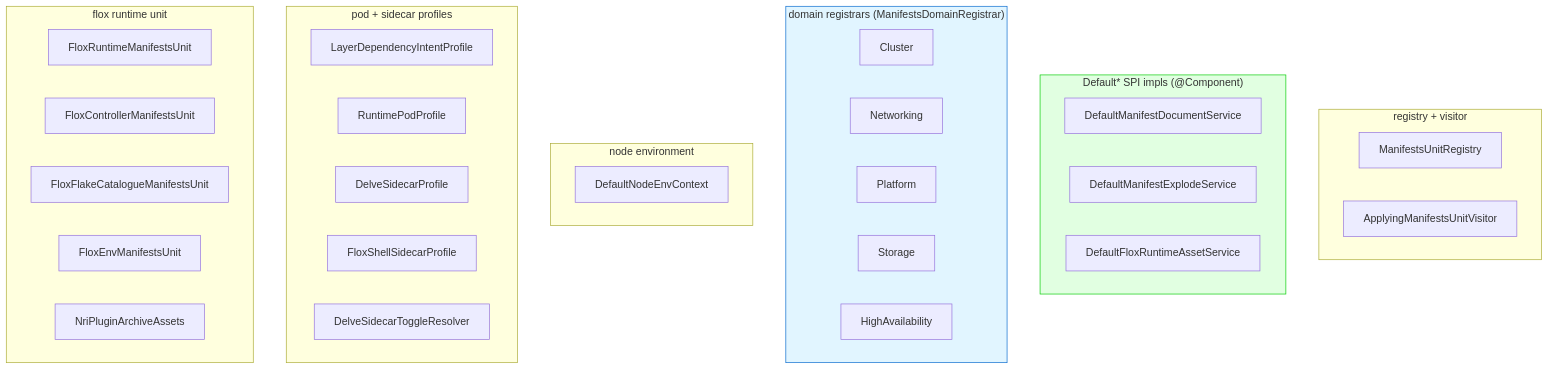
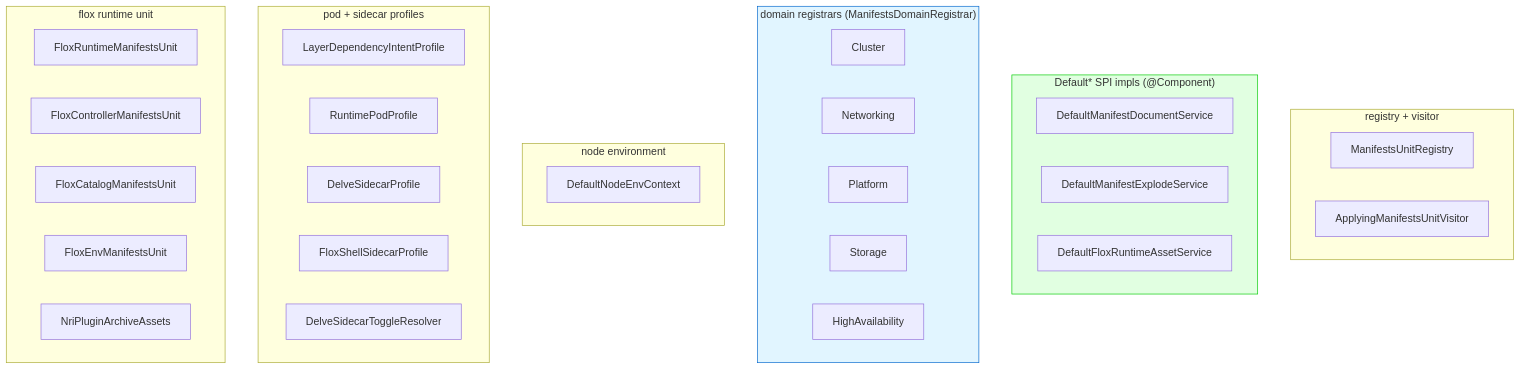
Before and after one commit to nxmatic/rke2lab: the sixth of 6 diagrams in docs/architecture/manifests/manifests-architecture.adoc, drawn with Mermaid. The commit also changed other lines of this file and 4 other files, not shown here.

First line of the commit message:
refactor(manifests): rename FloxFlake CRD refs to FloxCatalog

```diff
--- a/docs/architecture/manifests/manifests-architecture.adoc
+++ b/docs/architecture/manifests/manifests-architecture.adoc
@@ -536,39 +536,39 @@
 [mermaid]
 ----
 graph TB
     subgraph reg["registry + visitor"]
       RG["ManifestsUnitRegistry"]
       VIS["ApplyingManifestsUnitVisitor"]
     end
     subgraph svc["Default* SPI impls (@Component)"]
       DDOC["DefaultManifestDocumentService"]
       DEXP["DefaultManifestExplodeService"]
       DFLOX["DefaultFloxRuntimeAssetService"]
     end
     subgraph regs["domain registrars (ManifestsDomainRegistrar)"]
       RC["Cluster"]
       RN["Networking"]
       RP["Platform"]
       RS["Storage"]
       RH["HighAvailability"]
     end
     subgraph node["node environment"]
       DNEC["DefaultNodeEnvContext"]
     end
     subgraph prof["pod + sidecar profiles"]
       LDIP["LayerDependencyIntentProfile"]
       RPP["RuntimePodProfile"]
       DSP["DelveSidecarProfile"]
       FSSP["FloxShellSidecarProfile"]
       DSTR["DelveSidecarToggleResolver"]
     end
     subgraph flox["flox runtime unit"]
       FRMU["FloxRuntimeManifestsUnit"]
       FCMU["FloxControllerManifestsUnit"]
-      FFCU["FloxFlakeCatalogueManifestsUnit"]
+      FFCU["FloxCatalogManifestsUnit"]
       FEMU["FloxEnvManifestsUnit"]
       NRI["NriPluginArchiveAssets"]
     end
     style svc fill:#e1ffe1,stroke:#00cc00
     style regs fill:#e1f5ff,stroke:#0066cc
 ----
```
